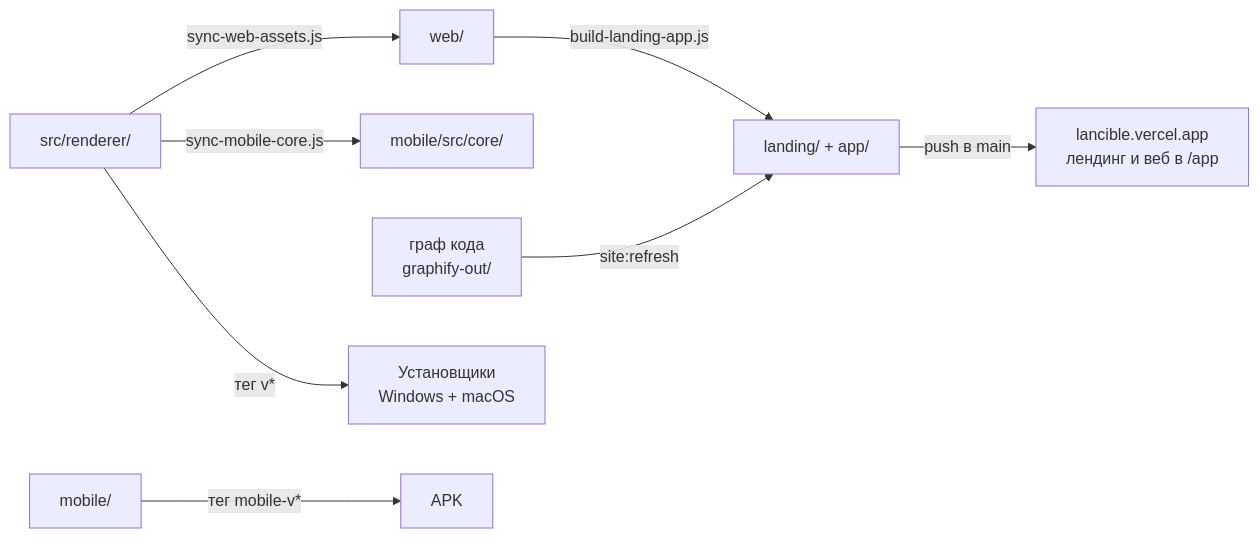
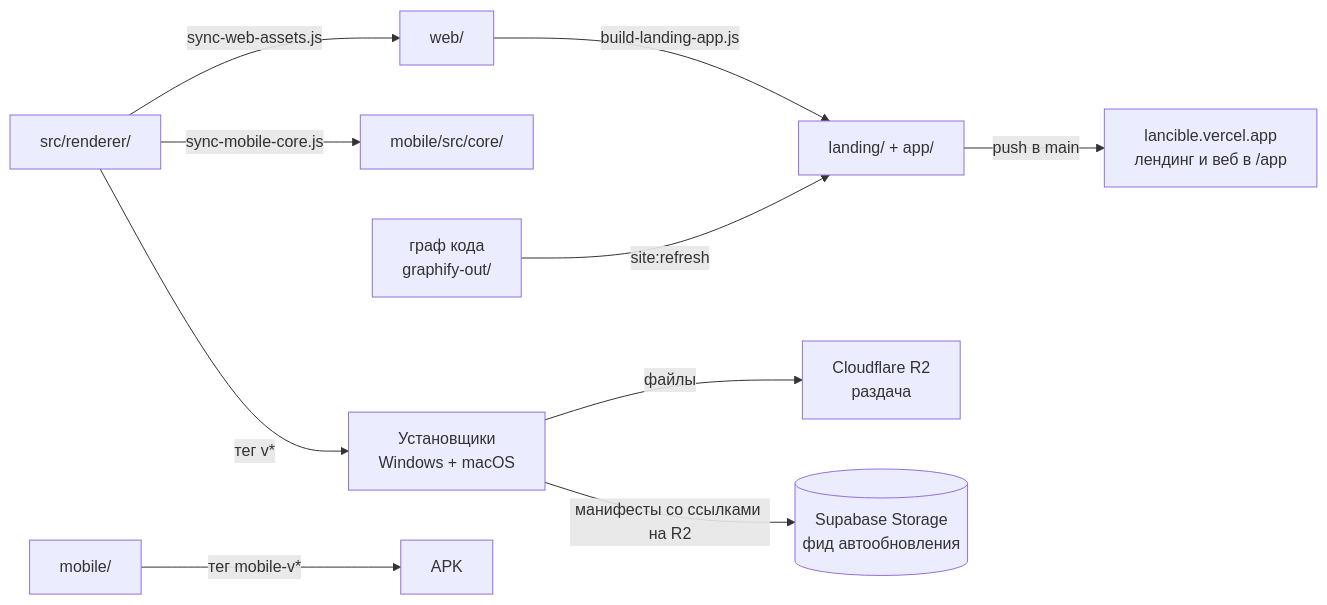
The third of 3 diagrams in ARCHITECTURE.md (lancibleofficial/Lancible), drawn with Mermaid before and after one commit. The commit also changed other lines of this file and 6 other files, not shown here.

````diff
--- a/ARCHITECTURE.md
+++ b/ARCHITECTURE.md
@@ -305,10 +305,12 @@
 ```mermaid
 graph LR
     SRC["src/renderer/"] -->|"sync-web-assets.js"| WEBDIR["web/"]
     SRC -->|"sync-mobile-core.js"| MOBCORE["mobile/src/core/"]
     WEBDIR -->|"build-landing-app.js"| LAND
     GRAPH["граф кода<br/>graphify-out/"] -->|"site:refresh"| LAND
     LAND["landing/ + app/"] -->|"push в main"| VLAND["lancible.vercel.app<br/>лендинг и веб в /app"]
     SRC -->|"тег v*"| REL["Установщики<br/>Windows + macOS"]
+    REL -->|"файлы"| R2["Cloudflare R2<br/>раздача"]
+    REL -->|"манифесты со ссылками на R2"| FEED[("Supabase Storage<br/>фид автообновления")]
     MOBSRC["mobile/"] -->|"тег mobile-v*"| APK["APK"]
 ```
````
